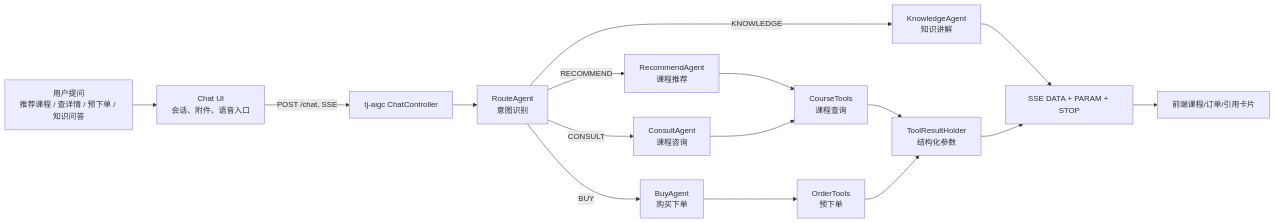
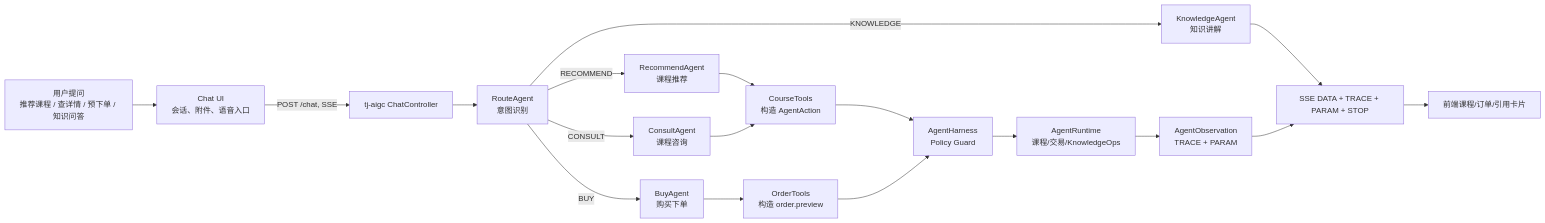
Before and after one commit to however-yir/tianji-ai-agent: the first of 2 diagrams in README.md, drawn with Mermaid. The commit also changed other lines of this file and 29 other files, not shown here.

Commit message:
Add governed agent harness

````diff
--- a/README.md
+++ b/README.md
@@ -40,18 +40,20 @@
 ```mermaid
 flowchart LR
     U["用户提问<br/>推荐课程 / 查详情 / 预下单 / 知识问答"] --> FE["Chat UI<br/>会话、附件、语音入口"]
     FE -->|POST /chat, SSE| API["tj-aigc ChatController"]
     API --> ROUTE["RouteAgent<br/>意图识别"]
     ROUTE -->|RECOMMEND| REC["RecommendAgent<br/>课程推荐"]
     ROUTE -->|BUY| BUY["BuyAgent<br/>购买下单"]
     ROUTE -->|CONSULT| CON["ConsultAgent<br/>课程咨询"]
     ROUTE -->|KNOWLEDGE| KNOW["KnowledgeAgent<br/>知识讲解"]
-    REC --> COURSE["CourseTools<br/>课程查询"]
+    REC --> COURSE["CourseTools<br/>构造 AgentAction"]
     CON --> COURSE
-    BUY --> ORDER["OrderTools<br/>预下单"]
-    COURSE --> PARAM["ToolResultHolder<br/>结构化参数"]
-    ORDER --> PARAM
+    BUY --> ORDER["OrderTools<br/>构造 order.preview"]
+    COURSE --> HARNESS["AgentHarness<br/>Policy Guard"]
+    ORDER --> HARNESS
+    HARNESS --> RUNTIME["AgentRuntime<br/>课程/交易/KnowledgeOps"]
+    RUNTIME --> OBS["AgentObservation<br/>TRACE + PARAM"]
     KNOW --> STREAM["SSE DATA"]
-    PARAM --> STREAM["SSE DATA + PARAM + STOP"]
+    OBS --> STREAM["SSE DATA + TRACE + PARAM + STOP"]
     STREAM --> CARD["前端课程/订单/引用卡片"]
 ```
````
